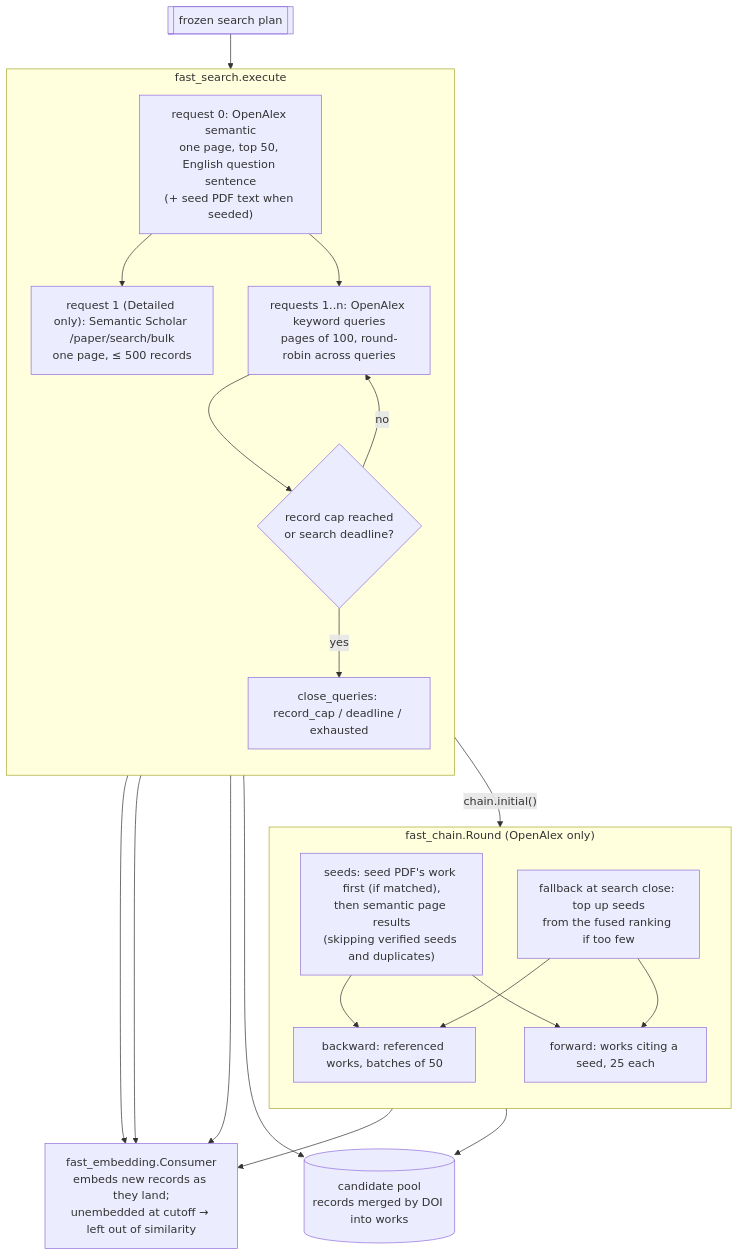
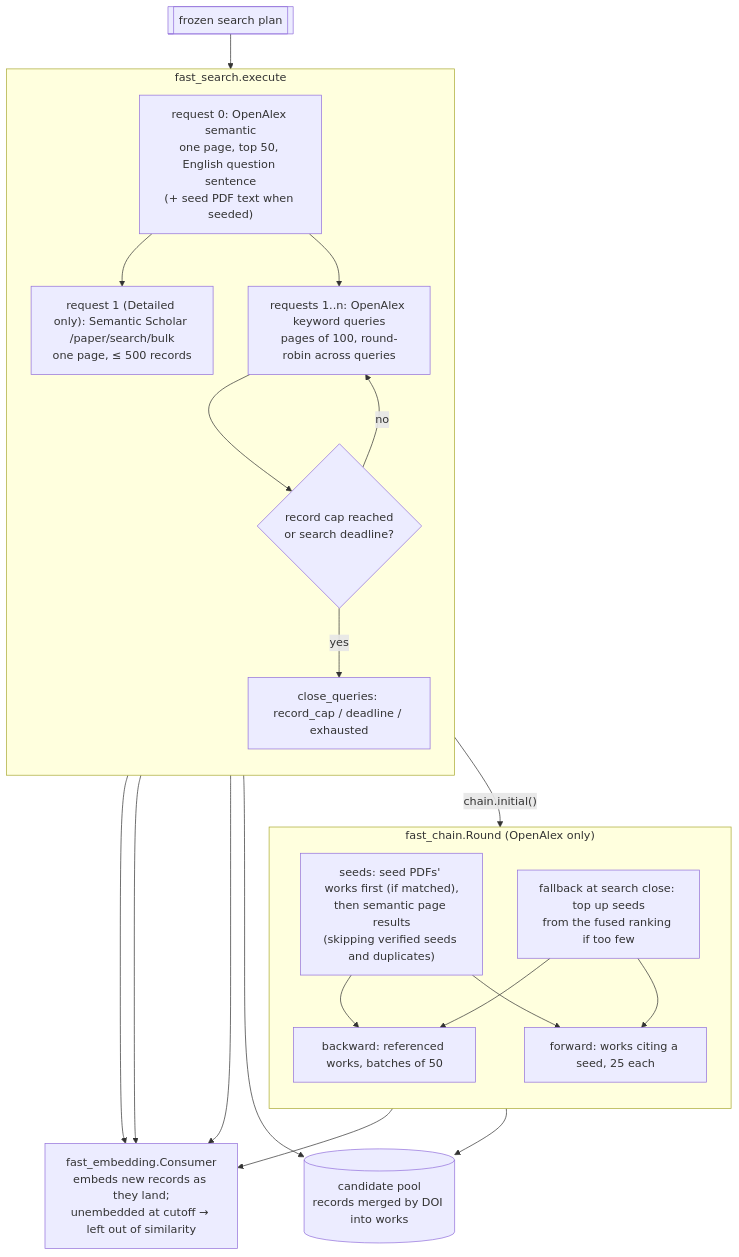
The fourth of 7 diagrams in docs/search-architecture.md (huguryildiz/DEIXIS), drawn with Mermaid before and after one commit. The commit also changed other lines of this file and 29 other files, not shown here.

Commit message:
D3: up to five seed PDFs, uploads and Zotero through one gate (seed_pdf_v2)

````diff
--- a/docs/search-architecture.md
+++ b/docs/search-architecture.md
@@ -88,32 +92,32 @@
 ```mermaid
 flowchart TD
     FZ[["frozen search plan"]] --> SEM
 
     subgraph SEARCH["fast_search.execute"]
         direction TB
         SEM["request 0: OpenAlex semantic<br/>one page, top 50, English question sentence<br/>(+ seed PDF text when seeded)"]
         SEM --> S2["request 1 (Detailed only): Semantic Scholar /paper/search/bulk<br/>one page, ≤ 500 records"]
         SEM --> KW["requests 1..n: OpenAlex keyword queries<br/>pages of 100, round-robin across queries"]
         KW --> STOP{"record cap reached<br/>or search deadline?"}
         STOP -->|"no"| KW
         STOP -->|"yes"| CLOSE["close_queries: record_cap / deadline / exhausted"]
     end
 
     SEM -->|"chain.initial()"| CH
     subgraph CH["fast_chain.Round (OpenAlex only)"]
         direction TB
-        SEEDS["seeds: seed PDF's work first (if matched),<br/>then semantic page results<br/>(skipping verified seeds and duplicates)"] --> BK["backward: referenced works, batches of 50"]
+        SEEDS["seeds: seed PDFs' works first (if matched),<br/>then semantic page results<br/>(skipping verified seeds and duplicates)"] --> BK["backward: referenced works, batches of 50"]
         SEEDS --> FW["forward: works citing a seed, 25 each"]
         FB["fallback at search close: top up seeds<br/>from the fused ranking if too few"] --> BK
         FB --> FW
     end
 
     SEM --> EMB
     KW --> EMB
     S2 --> EMB
     CH --> EMB
     EMB["fast_embedding.Consumer<br/>embeds new records as they land;<br/>unembedded at cutoff → left out of similarity"]
 
     CLOSE --> POOL[("candidate pool<br/>records merged by DOI into works")]
     CH --> POOL
 ```
````
